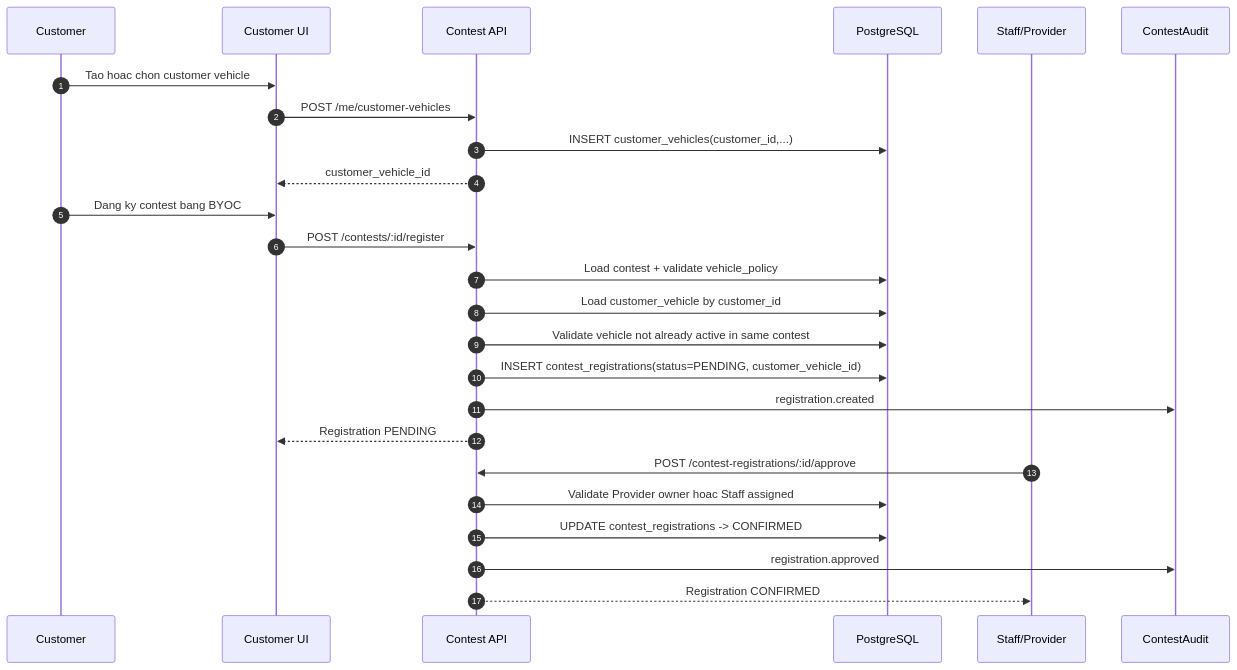
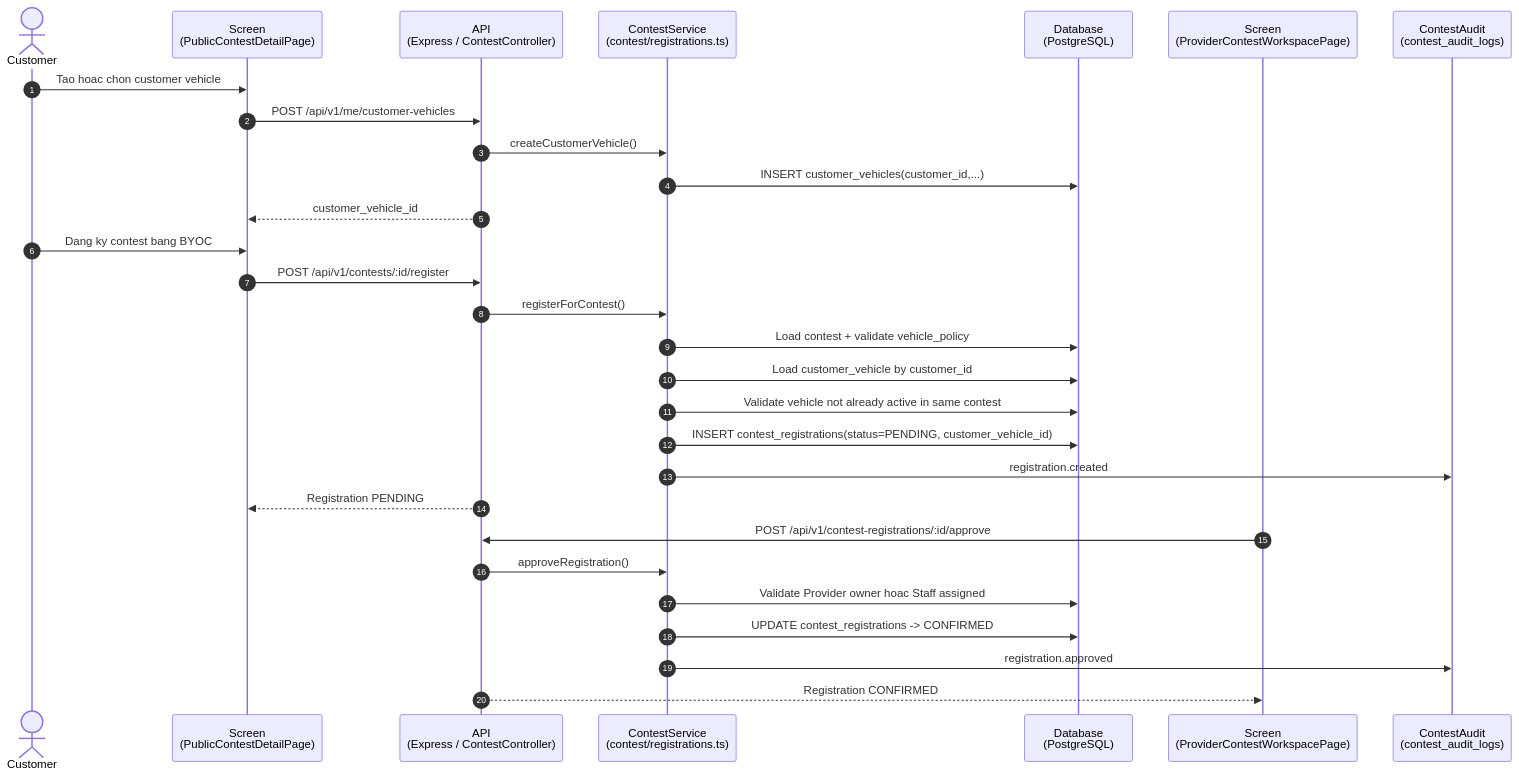
One commit to RCField-SEP490/rcfield-spec changed the second of 9 diagrams in docs/diagrams/sequence/sequence-flow-contest-vehicle-operations.md. Above: the diagram before and after it, drawn with Mermaid. The commit also changed other lines of this file and 15 other files, not shown here.

First line of the commit message:
Add sequence flow diagrams for provider, staff, and supporting operations

````diff
--- a/docs/diagrams/sequence/sequence-flow-contest-vehicle-operations.md
+++ b/docs/diagrams/sequence/sequence-flow-contest-vehicle-operations.md
@@ -54,30 +58,34 @@
 ```mermaid
 sequenceDiagram
     autonumber
-    participant C as Customer
-    participant FE as Customer UI
-    participant CAPI as Contest API
-    participant DB as PostgreSQL
-    participant Staff as Staff/Provider
-    participant Audit as ContestAudit
+    actor C as Customer
+    participant FE as Screen<br/>(PublicContestDetailPage)
+    participant CAPI as API<br/>(Express / ContestController)
+    participant CS as ContestService<br/>(contest/registrations.ts)
+    participant DB as Database<br/>(PostgreSQL)
+    participant Staff as Screen<br/>(ProviderContestWorkspacePage)
+    participant Audit as ContestAudit<br/>(contest_audit_logs)
 
     C->>FE: Tao hoac chon customer vehicle
-    FE->>CAPI: POST /me/customer-vehicles
-    CAPI->>DB: INSERT customer_vehicles(customer_id,...)
+    FE->>CAPI: POST /api/v1/me/customer-vehicles
+    CAPI->>CS: createCustomerVehicle()
+    CS->>DB: INSERT customer_vehicles(customer_id,...)
     CAPI-->>FE: customer_vehicle_id
 
     C->>FE: Dang ky contest bang BYOC
-    FE->>CAPI: POST /contests/:id/register
-    CAPI->>DB: Load contest + validate vehicle_policy
-    CAPI->>DB: Load customer_vehicle by customer_id
-    CAPI->>DB: Validate vehicle not already active in same contest
-    CAPI->>DB: INSERT contest_registrations(status=PENDING, customer_vehicle_id)
-    CAPI->>Audit: registration.created
+    FE->>CAPI: POST /api/v1/contests/:id/register
+    CAPI->>CS: registerForContest()
+    CS->>DB: Load contest + validate vehicle_policy
+    CS->>DB: Load customer_vehicle by customer_id
+    CS->>DB: Validate vehicle not already active in same contest
+    CS->>DB: INSERT contest_registrations(status=PENDING, customer_vehicle_id)
+    CS->>Audit: registration.created
     CAPI-->>FE: Registration PENDING
 
-    Staff->>CAPI: POST /contest-registrations/:id/approve
-    CAPI->>DB: Validate Provider owner hoac Staff assigned
-    CAPI->>DB: UPDATE contest_registrations -> CONFIRMED
-    CAPI->>Audit: registration.approved
+    Staff->>CAPI: POST /api/v1/contest-registrations/:id/approve
+    CAPI->>CS: approveRegistration()
+    CS->>DB: Validate Provider owner hoac Staff assigned
+    CS->>DB: UPDATE contest_registrations -> CONFIRMED
+    CS->>Audit: registration.approved
     CAPI-->>Staff: Registration CONFIRMED
 ```
````
